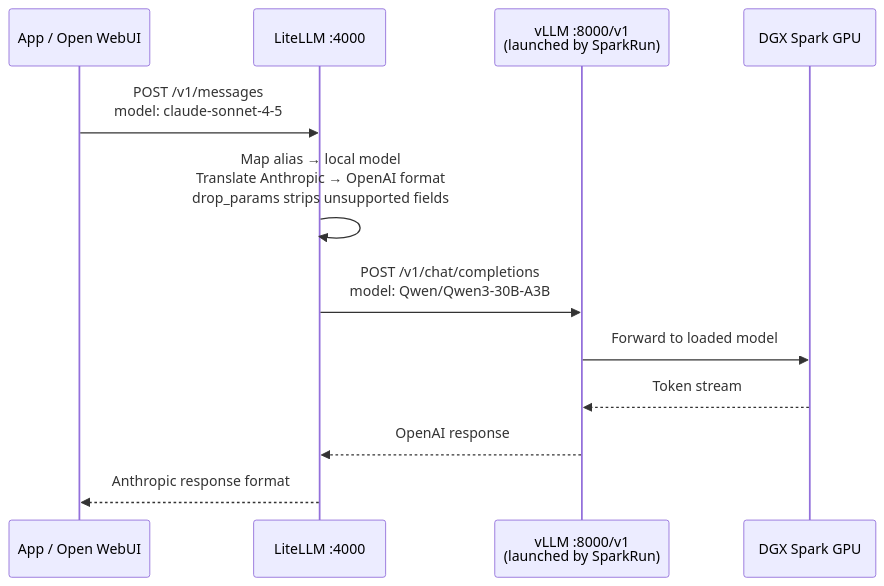
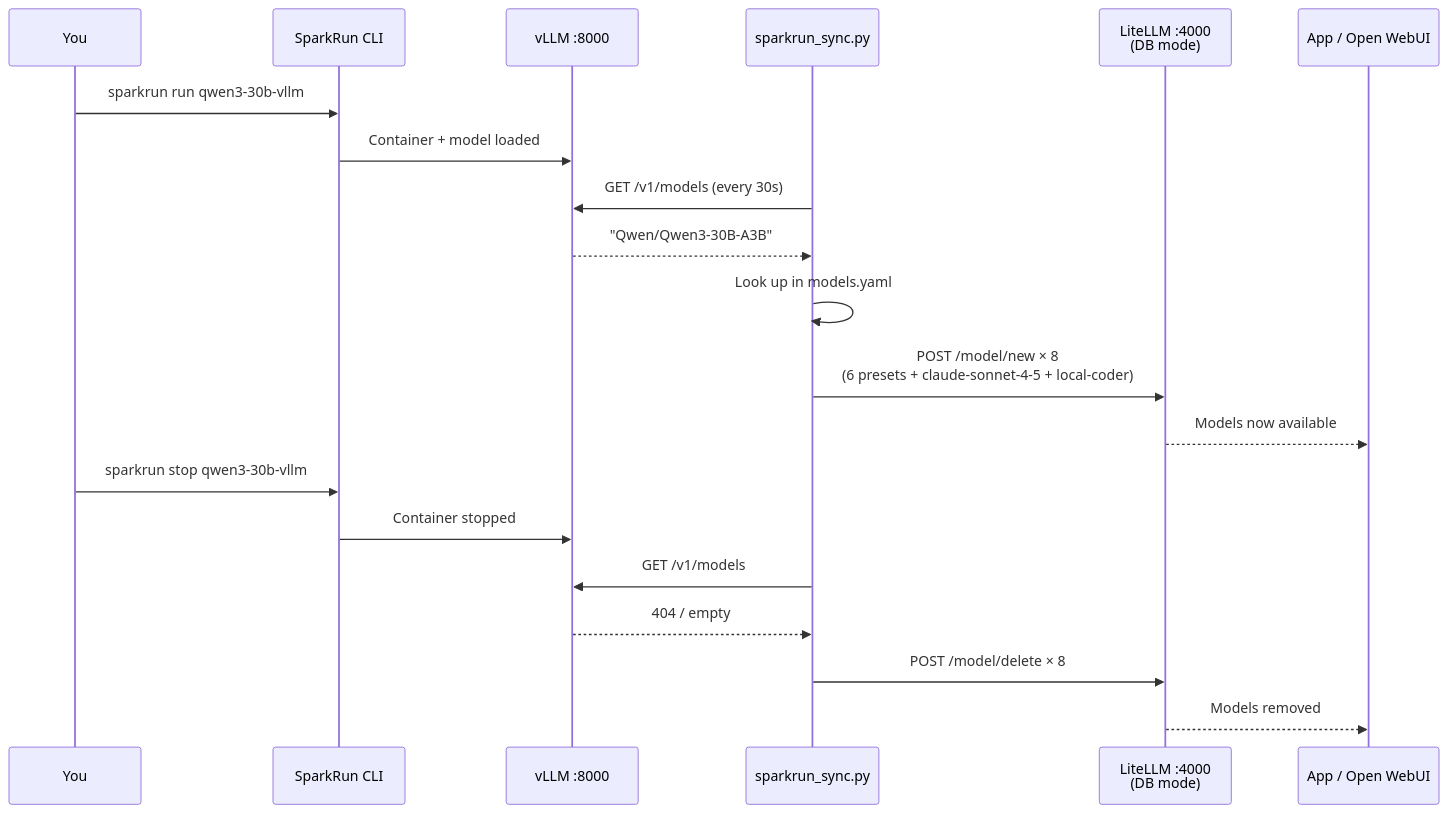
One commit to MARKYMARK55/spark-model-gateway changed the second of 2 diagrams in README.md. Above: the diagram before and after it, drawn with Mermaid. The commit also changed other lines of this file, not shown here.

````diff
--- a/README.md
+++ b/README.md
@@ -121,15 +150,24 @@
 ```mermaid
 sequenceDiagram
+    participant U as You
+    participant SR as SparkRun CLI
+    participant vL as vLLM :8000
+    participant SY as sparkrun_sync.py
+    participant LM as LiteLLM :4000<br/>(DB mode)
     participant App as App / Open WebUI
-    participant LM as LiteLLM :4000
-    participant vL as vLLM :8000/v1<br/>(launched by SparkRun)
-    participant GPU as DGX Spark GPU
 
-    App->>LM: POST /v1/messages<br/>model: claude-sonnet-4-5
-    LM->>LM: Map alias → local model<br/>Translate Anthropic → OpenAI format<br/>drop_params strips unsupported fields
-    LM->>vL: POST /v1/chat/completions<br/>model: Qwen/Qwen3-30B-A3B
-    vL->>GPU: Forward to loaded model
-    GPU-->>vL: Token stream
-    vL-->>LM: OpenAI response
-    LM-->>App: Anthropic response format
+    U->>SR: sparkrun run qwen3-30b-vllm
+    SR->>vL: Container + model loaded
+    SY->>vL: GET /v1/models (every 30s)
+    vL-->>SY: "Qwen/Qwen3-30B-A3B"
+    SY->>SY: Look up in models.yaml
+    SY->>LM: POST /model/new × 8<br/>(6 presets + claude-sonnet-4-5 + local-coder)
+    LM-->>App: Models now available
+
+    U->>SR: sparkrun stop qwen3-30b-vllm
+    SR->>vL: Container stopped
+    SY->>vL: GET /v1/models
+    vL-->>SY: 404 / empty
+    SY->>LM: POST /model/delete × 8
+    LM-->>App: Models removed
 ```
````
